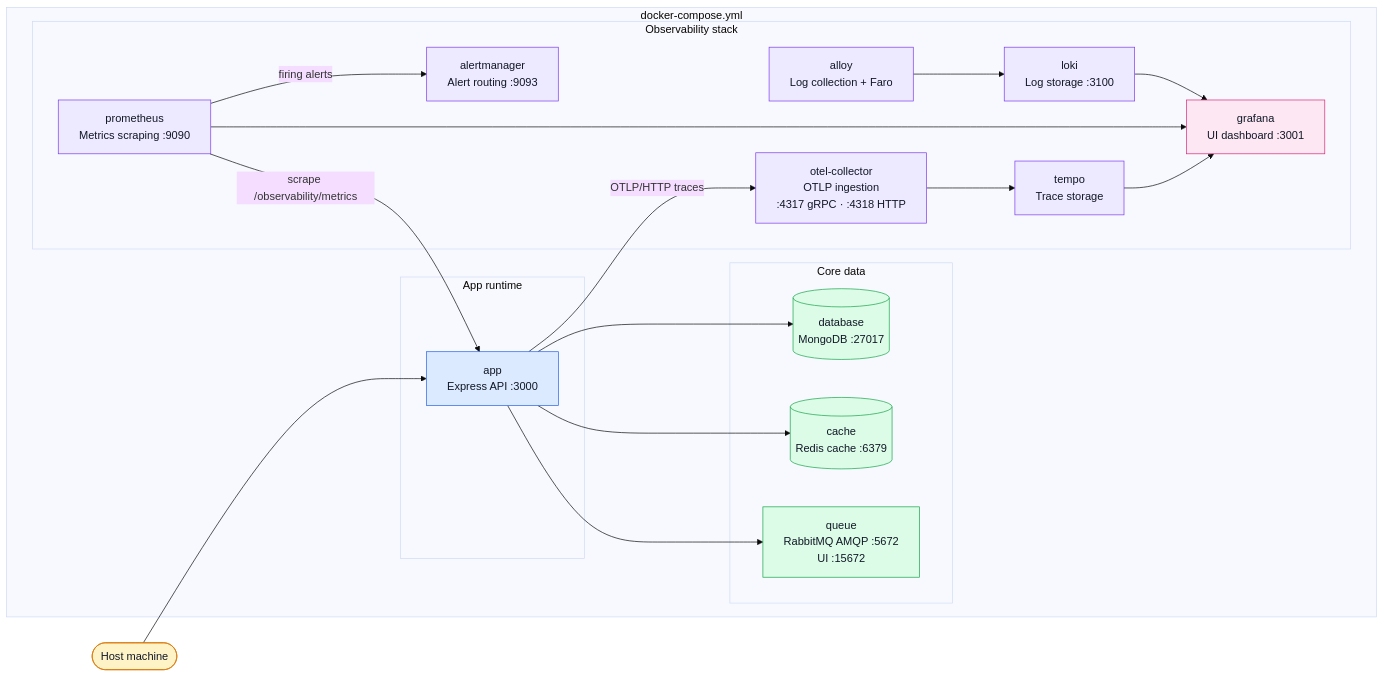
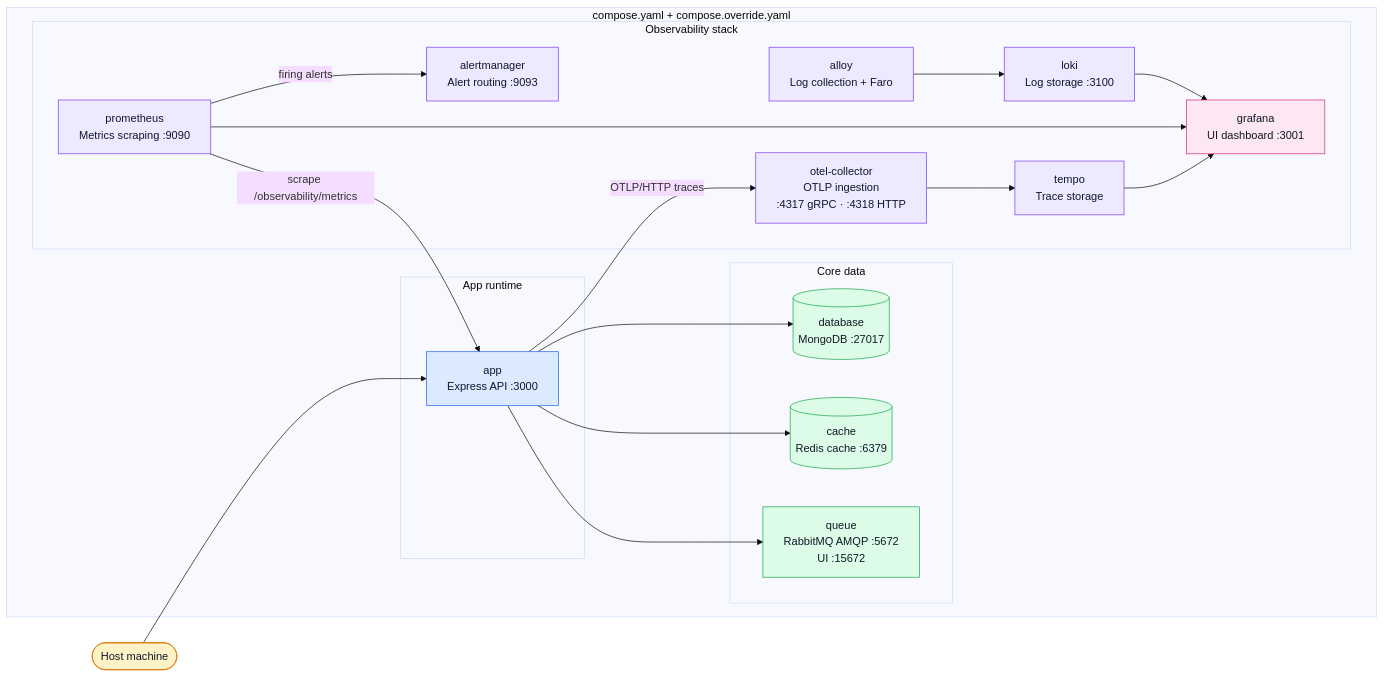
Before and after one commit to Guebbit/boilerplate-node-backend: the diagram in docs/build/docker-and-podman.md, drawn with Mermaid (base theme). The commit also changed other lines of this file and 72 other files, not shown here.

````diff
--- a/docs/build/docker-and-podman.md
+++ b/docs/build/docker-and-podman.md
@@ -13,52 +13,52 @@
 ```mermaid
 %%{init: {'flowchart': {'nodeSpacing': 55, 'rankSpacing': 75}}}%%
 flowchart LR
     Host([Host machine])
 
-    subgraph Compose["docker-compose.yml"]
+    subgraph Compose["compose.yaml + compose.override.yaml"]
         subgraph AppRuntime["App runtime"]
             App["app\nExpress API :3000"]
         end
 
         subgraph CoreData["Core data"]
             MongoDB[("database\nMongoDB :27017")]
             Redis[("cache\nRedis cache :6379")]
             RabbitMQ["queue\nRabbitMQ AMQP :5672\nUI :15672"]
         end
 
         subgraph ObsStack["Observability stack"]
             OTelCol["otel-collector\nOTLP ingestion\n:4317 gRPC · :4318 HTTP"]
             Tempo["tempo\nTrace storage"]
             Prometheus["prometheus\nMetrics scraping :9090"]
             Alertmanager["alertmanager\nAlert routing :9093"]
             Alloy["alloy\nLog collection + Faro"]
             Loki["loki\nLog storage :3100"]
             Grafana["grafana\nUI dashboard :3001"]
         end
     end
 
     Host --> App
     App --> MongoDB
     App --> Redis
     App --> RabbitMQ
     App -->|"OTLP/HTTP traces"| OTelCol
     OTelCol --> Tempo
     Prometheus -->|"scrape /observability/metrics"| App
     Prometheus -->|"firing alerts"| Alertmanager
     Alloy --> Loki
     Tempo --> Grafana
     Prometheus --> Grafana
     Loki --> Grafana
 
     classDef host fill:#fef3c7,stroke:#d97706,color:#111827;
     classDef app fill:#dbeafe,stroke:#2563eb,color:#111827;
     classDef data fill:#dcfce7,stroke:#16a34a,color:#111827;
     classDef obs fill:#ede9fe,stroke:#7c3aed,color:#111827;
     classDef ui fill:#fce7f3,stroke:#db2777,color:#111827;
 
     class Host host;
     class App app;
     class MongoDB,Redis,RabbitMQ data;
     class OTelCol,Tempo,Prometheus,Alertmanager,Alloy,Loki obs;
     class Grafana ui;
 ```
````
